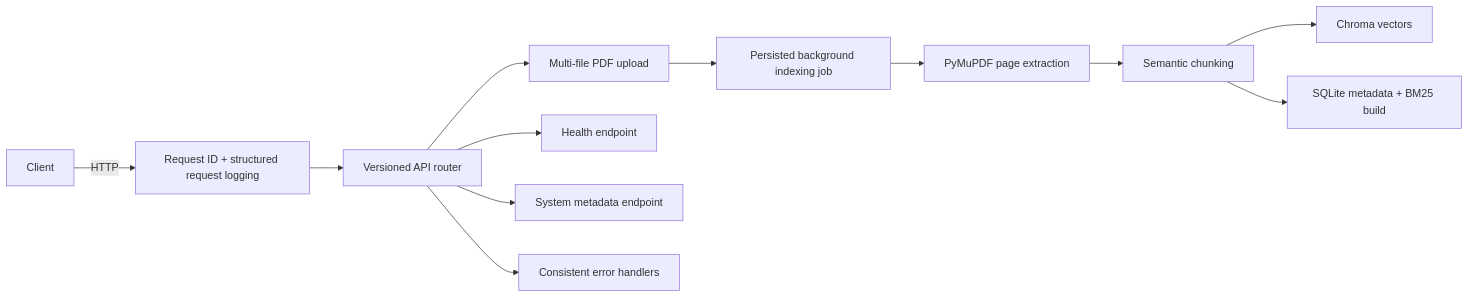
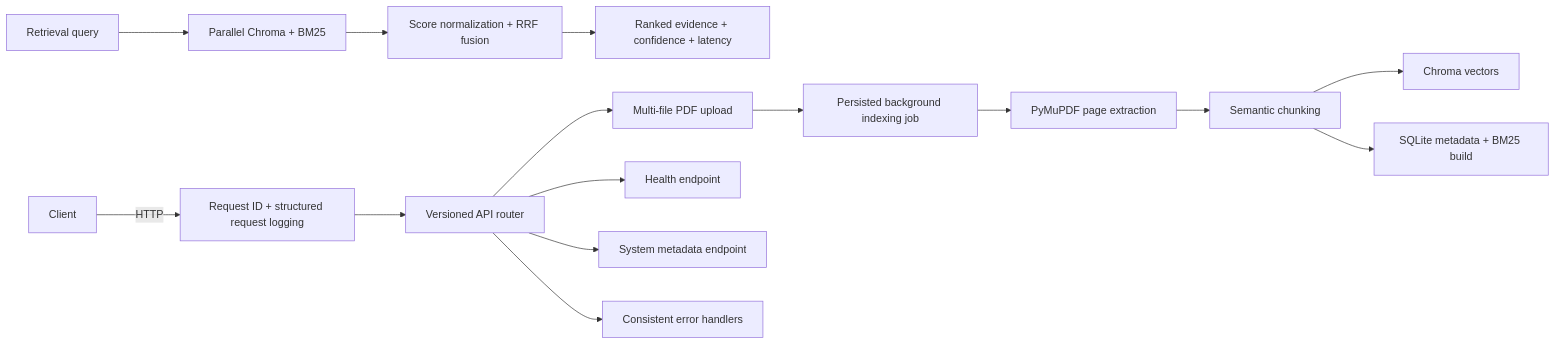
Before and after one commit to Sakshiii963/adaptive-rag-system: the diagram in docs/architecture.md, drawn with Mermaid. The commit also changed other lines of this file and 18 other files, not shown here.

````diff
--- a/docs/architecture.md
+++ b/docs/architecture.md
@@ -9,14 +9,17 @@
 ```mermaid
 flowchart LR
     Client -->|HTTP| Middleware[Request ID + structured request logging]
     Middleware --> Router[Versioned API router]
     Router --> Upload[Multi-file PDF upload]
     Upload --> Job[Persisted background indexing job]
     Job --> Parser[PyMuPDF page extraction]
     Parser --> Chunking[Semantic chunking]
     Chunking --> Chroma[Chroma vectors]
     Chunking --> SQLite[SQLite metadata + BM25 build]
+    Search[Retrieval query] --> Parallel[Parallel Chroma + BM25]
+    Parallel --> RRF[Score normalization + RRF fusion]
+    RRF --> Evidence[Ranked evidence + confidence + latency]
     Router --> Health[Health endpoint]
     Router --> System[System metadata endpoint]
     Router --> Errors[Consistent error handlers]
 ```
````
